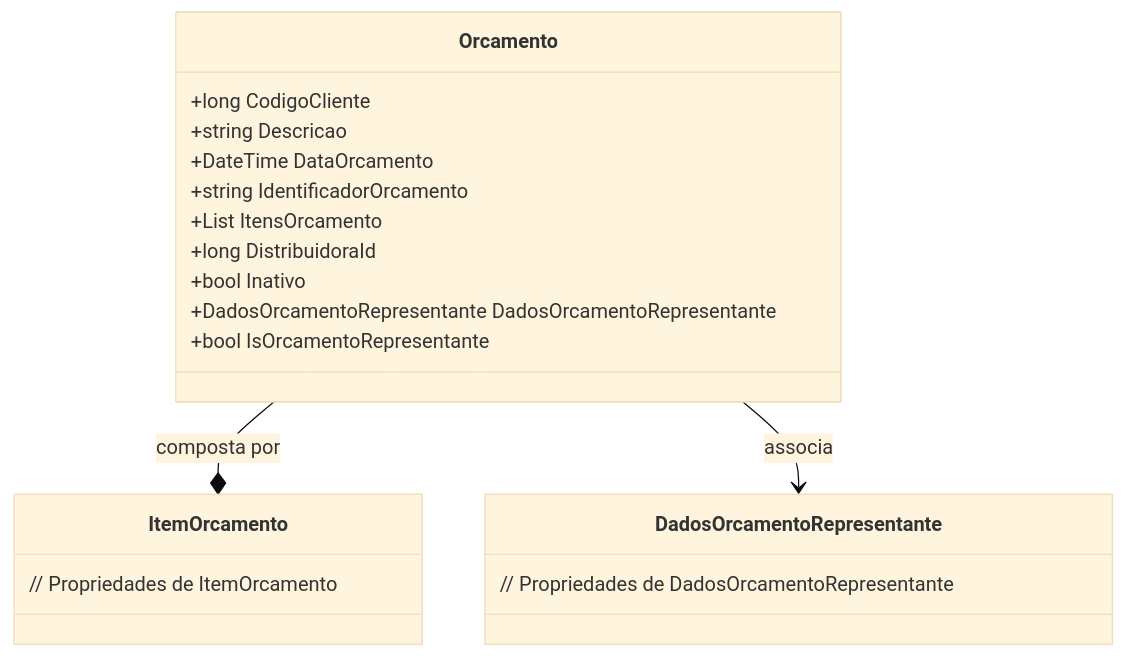
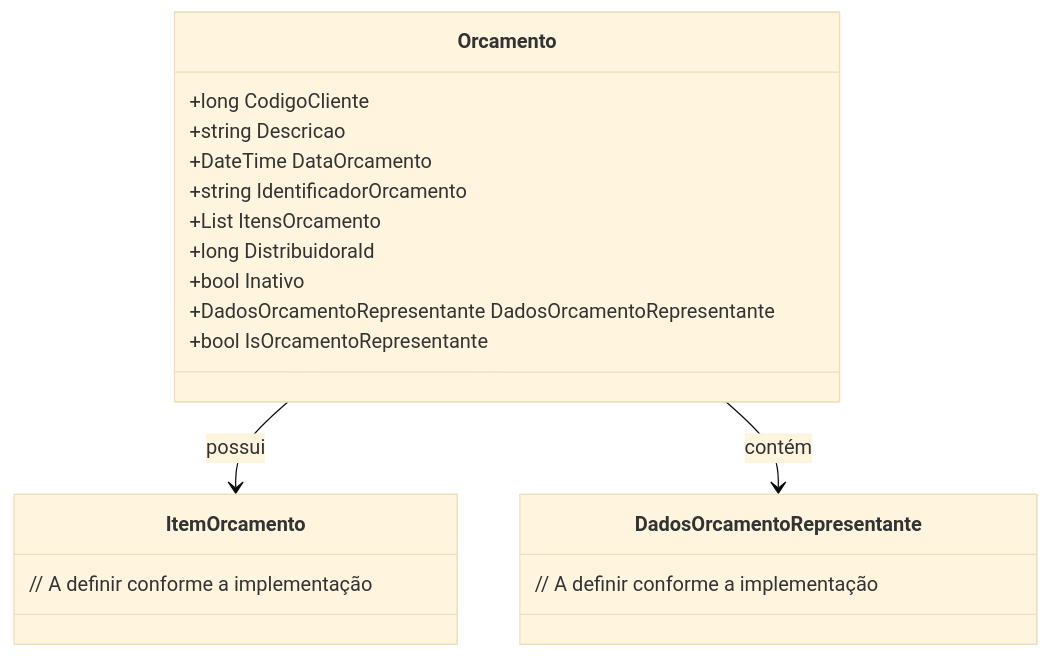
One commit to IsthmusSistemas/documentacao-tecnica changed the diagram in docs/b2b-dominio/IsthmusWinthor.Nucleo/IsthmusWinthor.Dominio/POCO/Orcamentos/Orcamento.md. Above: the diagram before and after it, drawn with Mermaid (base theme). The commit also changed other lines of this file and 882 other files, not shown here.

````diff
--- a/docs/b2b-dominio/IsthmusWinthor.Nucleo/IsthmusWinthor.Dominio/POCO/Orcamentos/Orcamento.md
+++ b/docs/b2b-dominio/IsthmusWinthor.Nucleo/IsthmusWinthor.Dominio/POCO/Orcamentos/Orcamento.md
@@ -30,25 +24,25 @@
 ```mermaid
 classDiagram
     class Orcamento {
         +long CodigoCliente
         +string Descricao
         +DateTime DataOrcamento
         +string IdentificadorOrcamento
         +List<ItemOrcamento> ItensOrcamento
         +long DistribuidoraId
         +bool Inativo
         +DadosOrcamentoRepresentante DadosOrcamentoRepresentante
         +bool IsOrcamentoRepresentante
     }
     
     class ItemOrcamento {
-      // Propriedades de ItemOrcamento
+        // A definir conforme a implementação
     }
     
     class DadosOrcamentoRepresentante {
-      // Propriedades de DadosOrcamentoRepresentante
+        // A definir conforme a implementação
     }
-    
-    Orcamento --* ItemOrcamento : composta por
-    Orcamento --> DadosOrcamentoRepresentante : associa
-```
+
+    Orcamento --> ItemOrcamento : possui
+    Orcamento --> DadosOrcamentoRepresentante : contém
+``` 
````
